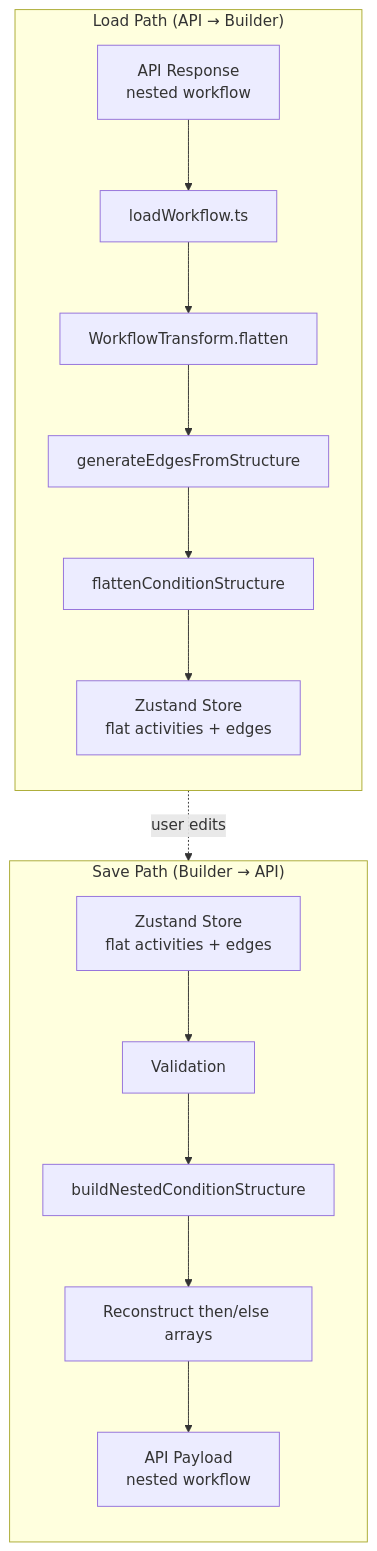
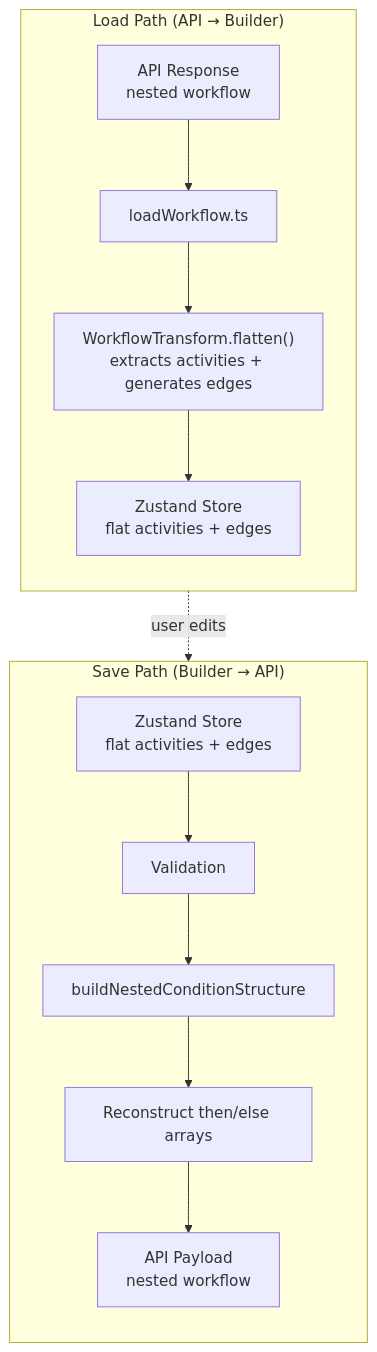
Before and after one commit to alinabuzachis/syntara: the tenth of 19 diagrams in docs/architecture.md, drawn with Mermaid. The commit also changed other lines of this file and 12 other files, not shown here.

````diff
--- a/docs/architecture.md
+++ b/docs/architecture.md
@@ -724,21 +743,19 @@
 ```mermaid
 flowchart TB
   subgraph Load["Load Path (API → Builder)"]
     direction TB
     L1[API Response<br/>nested workflow] --> L2[loadWorkflow.ts]
-    L2 --> L3[WorkflowTransform.flatten]
-    L3 --> L4[generateEdgesFromStructure]
-    L4 --> L5[flattenConditionStructure]
-    L5 --> L6[Zustand Store<br/>flat activities + edges]
+    L2 --> L3["WorkflowTransform.flatten()<br/>extracts activities + generates edges"]
+    L3 --> L6[Zustand Store<br/>flat activities + edges]
   end
 
   subgraph Save["Save Path (Builder → API)"]
     direction TB
     S1[Zustand Store<br/>flat activities + edges] --> S2[Validation]
     S2 --> S3[buildNestedConditionStructure]
     S3 --> S4[Reconstruct then/else arrays]
     S4 --> S5[API Payload<br/>nested workflow]
   end
 
   Load -.->|"user edits"| Save
 ```
````
